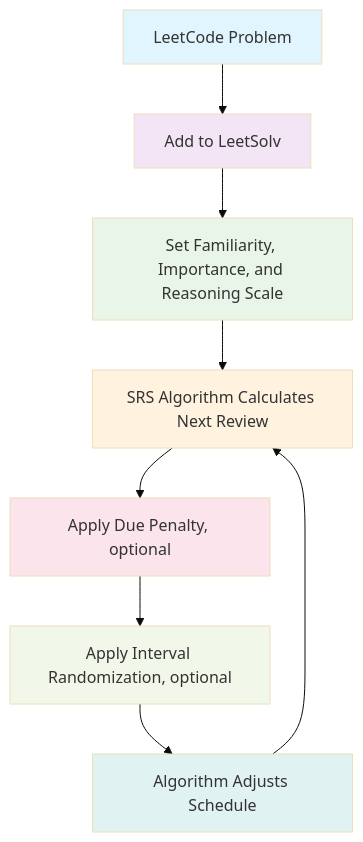
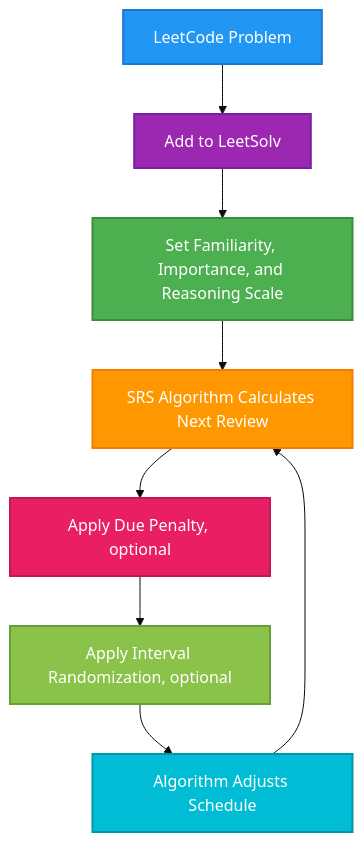
Before and after one commit to eannchen/leetsolv: the first of 8 diagrams in README.md, drawn with Mermaid (base theme). The commit also changed other lines of this file, not shown here.

Commit message:
docs: update README.md to improve flowchart styles with new color schemes for better visual clarity and consistency across sections

````diff
--- a/README.md
+++ b/README.md
@@ -11,18 +11,18 @@
 ```mermaid
 graph TD
     A[LeetCode Problem] --> B[Add to LeetSolv]
     B --> C[Set Familiarity, Importance, and Reasoning Scale]
     C --> D[SRS Algorithm Calculates Next Review]
     D --> E[Apply Due Penalty, optional]
     E --> F[Apply Interval Randomization, optional]
     F --> G[Algorithm Adjusts Schedule]
     G --> D
 
-    style A fill:#e1f5fe
-    style B fill:#f3e5f5
-    style C fill:#e8f5e8
-    style D fill:#fff3e0
-    style E fill:#fce4ec
-    style F fill:#f1f8e9
-    style G fill:#e0f2f1
+    style A fill:#2196F3,stroke:#1976D2,stroke-width:2px,color:#ffffff
+    style B fill:#9C27B0,stroke:#7B1FA2,stroke-width:2px,color:#ffffff
+    style C fill:#4CAF50,stroke:#388E3C,stroke-width:2px,color:#ffffff
+    style D fill:#FF9800,stroke:#F57C00,stroke-width:2px,color:#ffffff
+    style E fill:#E91E63,stroke:#C2185B,stroke-width:2px,color:#ffffff
+    style F fill:#8BC34A,stroke:#689F38,stroke-width:2px,color:#ffffff
+    style G fill:#00BCD4,stroke:#0097A7,stroke-width:2px,color:#ffffff
 ```
````
